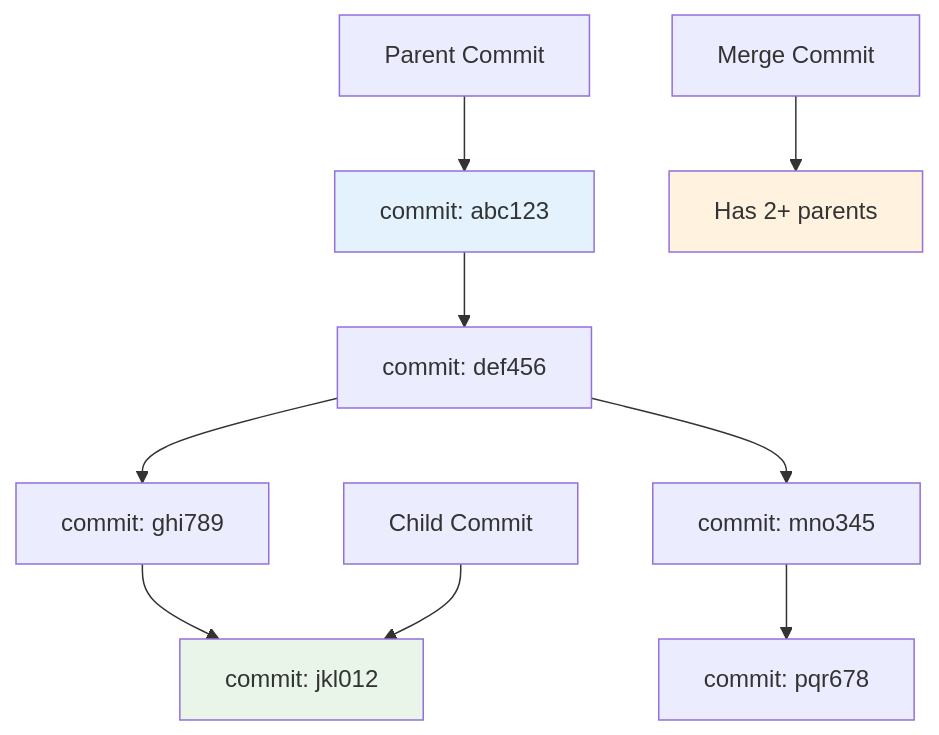
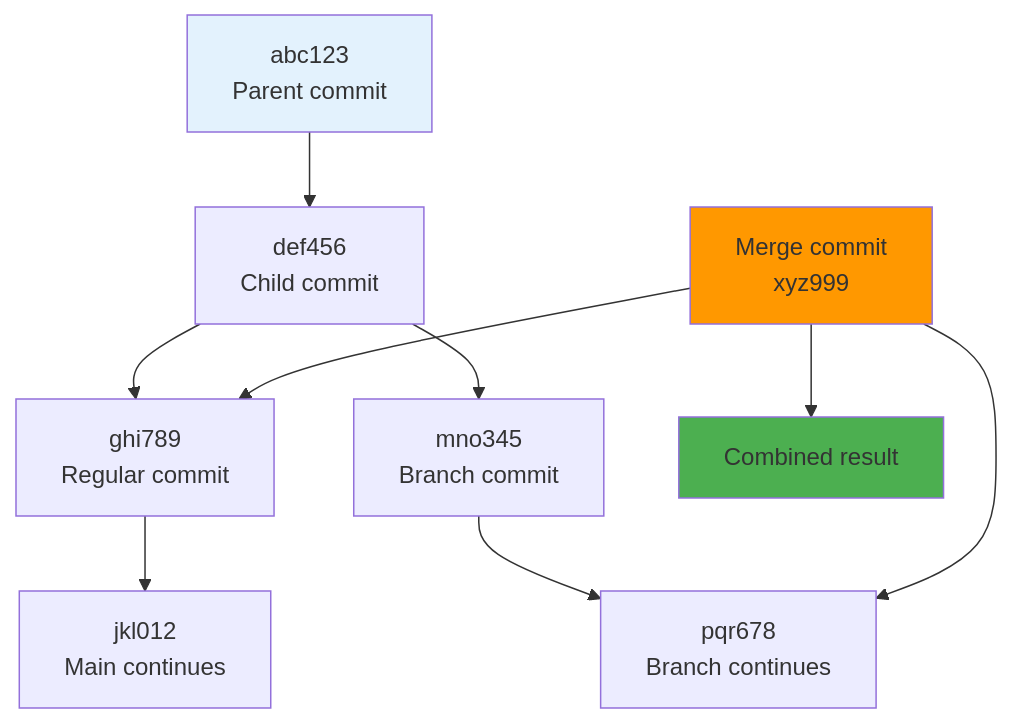
The eighth of 13 diagrams in 01 - Git/07 - Branches.md (blackmaskexe/github-foundations), drawn with Mermaid before and after one commit. The commit also changed other lines of this file, not shown here.

Commit message:
replace gitgraph with mermaid

````diff
--- a/01 - Git/07 - Branches.md
+++ b/01 - Git/07 - Branches.md
@@ -239,17 +211,16 @@
 ```mermaid
-flowchart TD
-    A[commit: abc123] --> B[commit: def456]
-    B --> C[commit: ghi789]
-    C --> D[commit: jkl012]
+graph TD
+    A[abc123<br/>Parent commit] --> B[def456<br/>Child commit]
+    B --> C[ghi789<br/>Regular commit]
+    B --> D[mno345<br/>Branch commit]
+    C --> E[jkl012<br/>Main continues]
+    D --> F[pqr678<br/>Branch continues]
 
-    B --> E[commit: mno345]
-    E --> F[commit: pqr678]
-
-    G[Parent Commit] --> A
-    H[Child Commit] --> D
-    I[Merge Commit] --> J[Has 2+ parents]
+    G[Merge commit<br/>xyz999] --> C
+    G --> F
+    G --> H[Combined result]
 
     style A fill:#e3f2fd
-    style D fill:#e8f5e8
-    style J fill:#fff3e0
+    style G fill:#ff9800
+    style H fill:#4caf50
 ```
````
